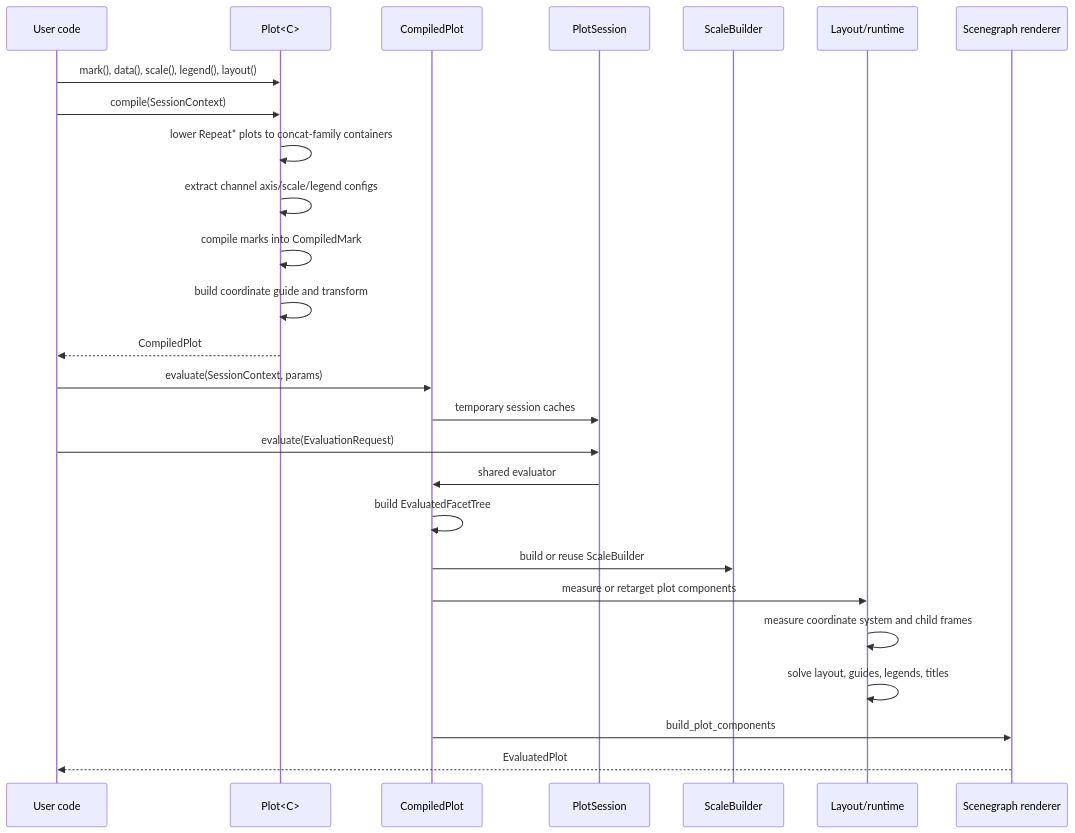
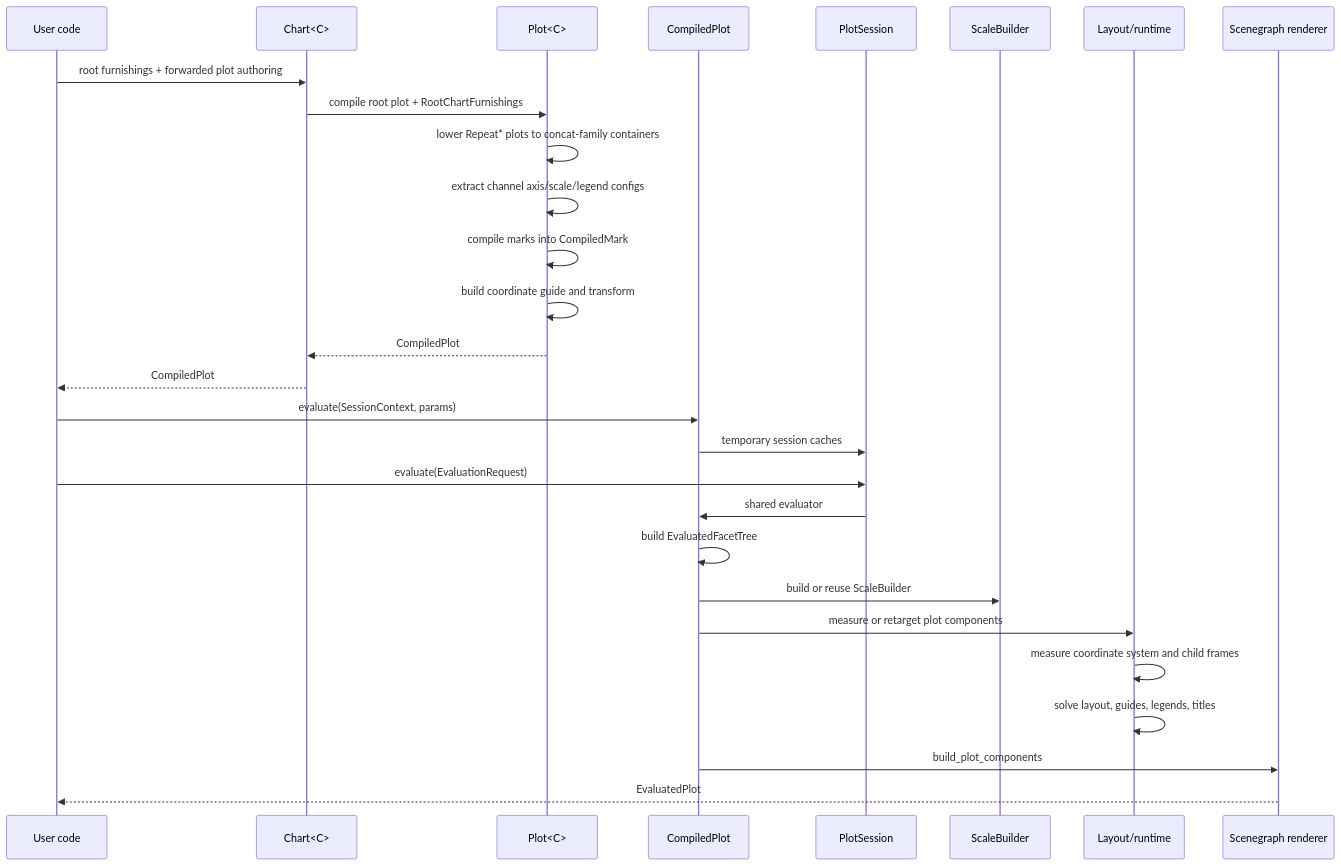
The diagram in avenger-chart/docs/architecture/compile-evaluate-render-pipeline.md (jonmmease/avenger), drawn with Mermaid before and after one commit. The commit also changed other lines of this file and 70 other files, not shown here.

Commit message:
refactor(chart): make Plot compile crate-private

````diff
--- a/avenger-chart/docs/architecture/compile-evaluate-render-pipeline.md
+++ b/avenger-chart/docs/architecture/compile-evaluate-render-pipeline.md
@@ -16,29 +16,31 @@
 ```mermaid
 sequenceDiagram
     participant User as User code
+    participant Chart as Chart<C>
     participant Plot as Plot<C>
     participant Compiled as CompiledPlot
     participant Session as PlotSession
     participant Scales as ScaleBuilder
     participant Layout as Layout/runtime
     participant Render as Scenegraph renderer
 
-    User->>Plot: mark(), data(), scale(), legend(), layout()
-    User->>Plot: compile(SessionContext)
+    User->>Chart: root furnishings + forwarded plot authoring
+    Chart->>Plot: compile root plot + RootChartFurnishings
     Plot->>Plot: lower Repeat* plots to concat-family containers
     Plot->>Plot: extract channel axis/scale/legend configs
     Plot->>Plot: compile marks into CompiledMark
     Plot->>Plot: build coordinate guide and transform
-    Plot-->>User: CompiledPlot
+    Plot-->>Chart: CompiledPlot
+    Chart-->>User: CompiledPlot
     User->>Compiled: evaluate(SessionContext, params)
     Compiled->>Session: temporary session caches
     User->>Session: evaluate(EvaluationRequest)
     Session->>Compiled: shared evaluator
     Compiled->>Compiled: build EvaluatedFacetTree
     Compiled->>Scales: build or reuse ScaleBuilder
     Compiled->>Layout: measure or retarget plot components
     Layout->>Layout: measure coordinate system and child frames
     Layout->>Layout: solve layout, guides, legends, titles
     Compiled->>Render: build_plot_components
     Render-->>User: EvaluatedPlot
 ```
````
